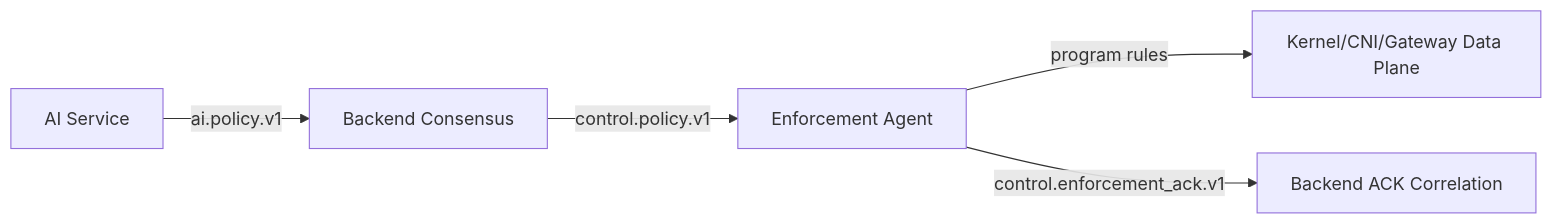
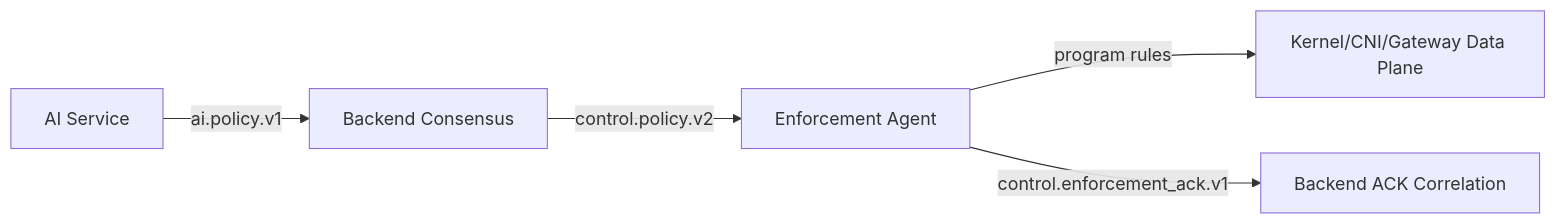
Before and after one commit to EveShark/CyberMesh: diagram 11 of 15 in docs/design/DATA_FLOW.md, drawn with Mermaid. The commit also changed other lines of this file and 35 other files, not shown here.

Commit message:
Migrate control policy runtime and signing to v2

````diff
--- a/docs/design/DATA_FLOW.md
+++ b/docs/design/DATA_FLOW.md
@@ -389,7 +389,7 @@
 ```mermaid
 flowchart LR
     AI[AI Service] -->|ai.policy.v1| BE[Backend Consensus]
-    BE -->|control.policy.v1| AG[Enforcement Agent]
+    BE -->|control.policy.v2| AG[Enforcement Agent]
     AG -->|program rules| DP[Kernel/CNI/Gateway Data Plane]
     AG -->|control.enforcement_ack.v1| FB[Backend ACK Correlation]
 ```
````
